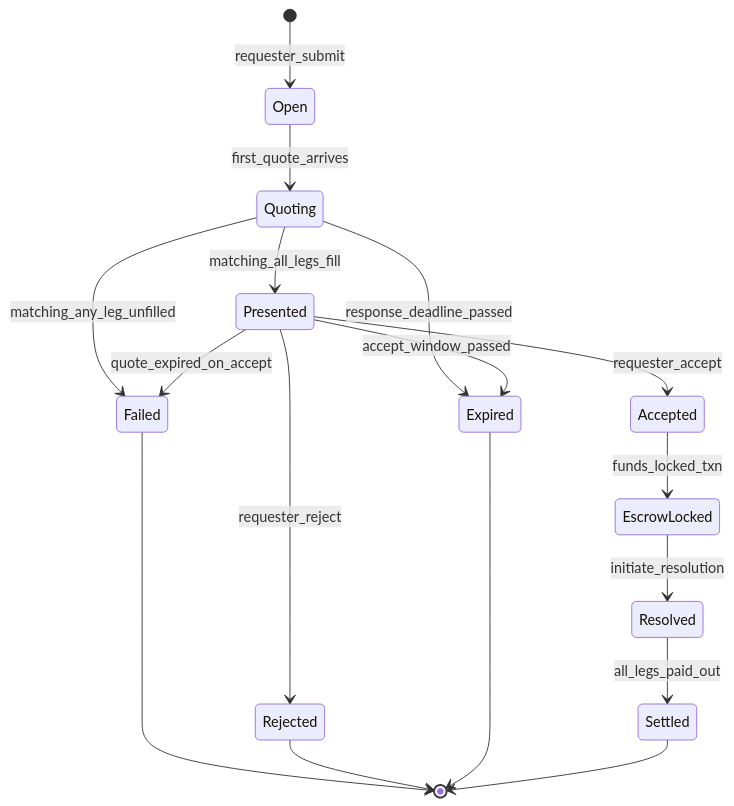
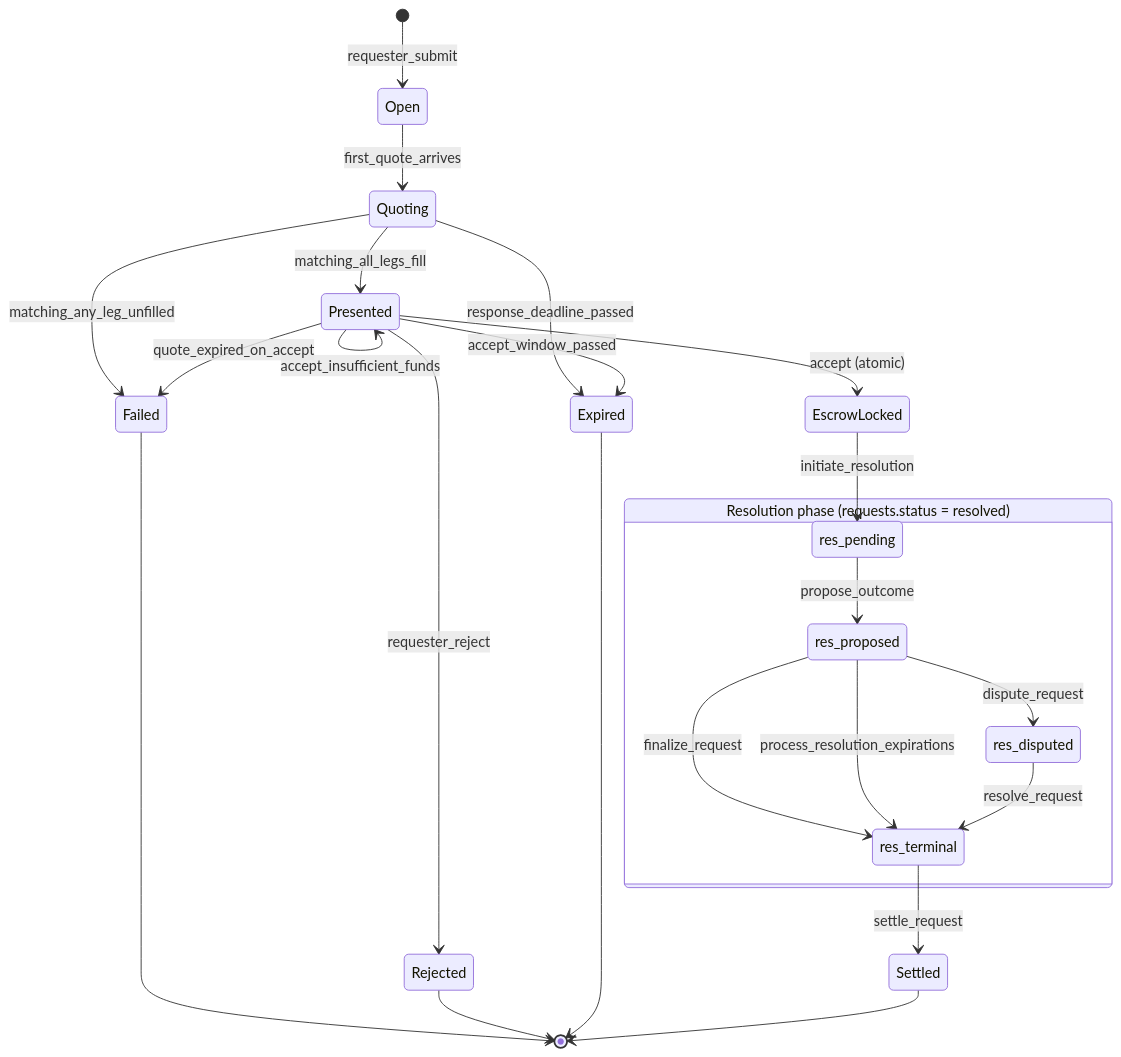
The first of 2 diagrams in docs/state_machine.md (joaomoa/outcome), drawn with Mermaid before and after one commit. The commit also changed other lines of this file and 1 other file, not shown here.

First line of the commit message:
Align state machine docs with actual accept and resolution flows.

````diff
--- a/docs/state_machine.md
+++ b/docs/state_machine.md
@@ -5,20 +5,29 @@
 ```mermaid
 stateDiagram-v2
     direction TB
     [*] --> Open: requester_submit
     Open --> Quoting: first_quote_arrives
     Quoting --> Presented: matching_all_legs_fill
     Quoting --> Failed: matching_any_leg_unfilled
     Quoting --> Expired: response_deadline_passed
-    Presented --> Accepted: requester_accept
+    Presented --> EscrowLocked: accept (atomic)
+    Presented --> Presented: accept_insufficient_funds
     Presented --> Rejected: requester_reject
     Presented --> Expired: accept_window_passed
     Presented --> Failed: quote_expired_on_accept
-    Accepted --> EscrowLocked: funds_locked_txn
-    EscrowLocked --> Resolved: initiate_resolution
-    Resolved --> Settled: all_legs_paid_out
+    EscrowLocked --> res_pending: initiate_resolution
+
+    state "Resolution phase (requests.status = resolved)" as ResPhase {
+        res_pending --> res_proposed: propose_outcome
+        res_proposed --> res_disputed: dispute_request
+        res_proposed --> res_terminal: finalize_request
+        res_proposed --> res_terminal: process_resolution_expirations
+        res_disputed --> res_terminal: resolve_request
+    }
+
+    res_terminal --> Settled: settle_request
     Failed --> [*]
     Rejected --> [*]
     Expired --> [*]
     Settled --> [*]
 ```
````
